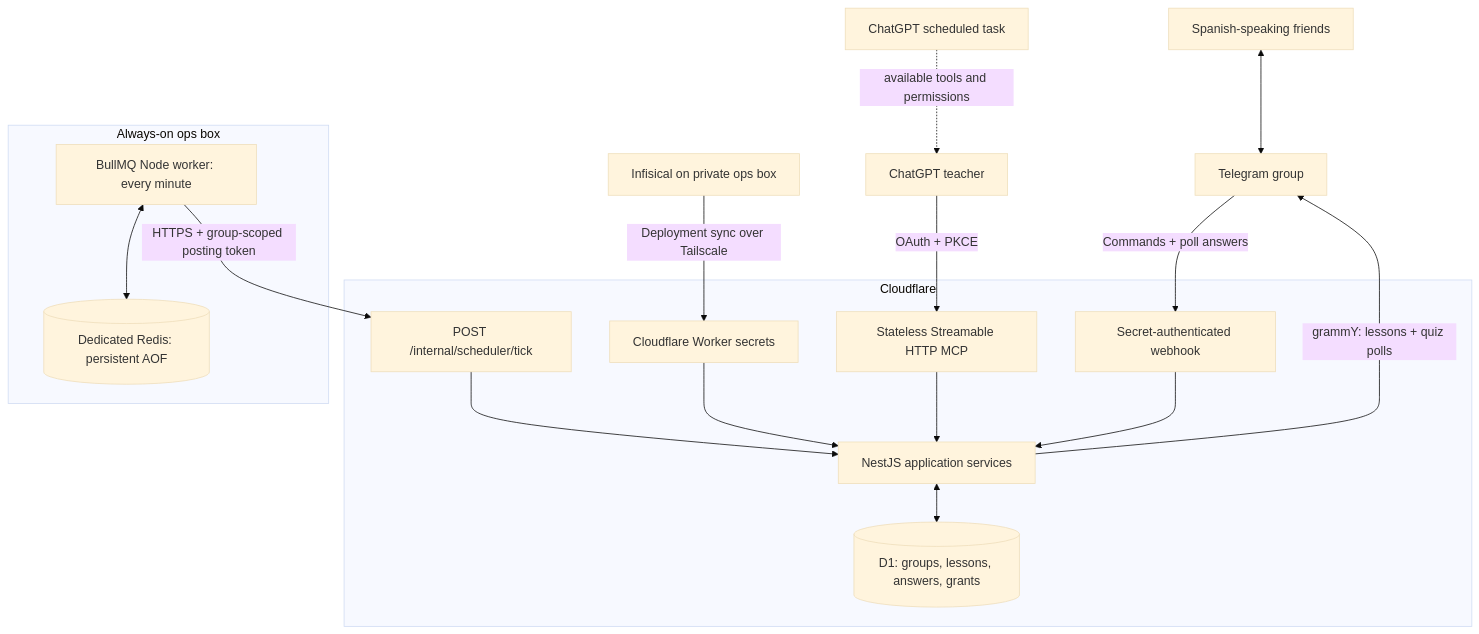
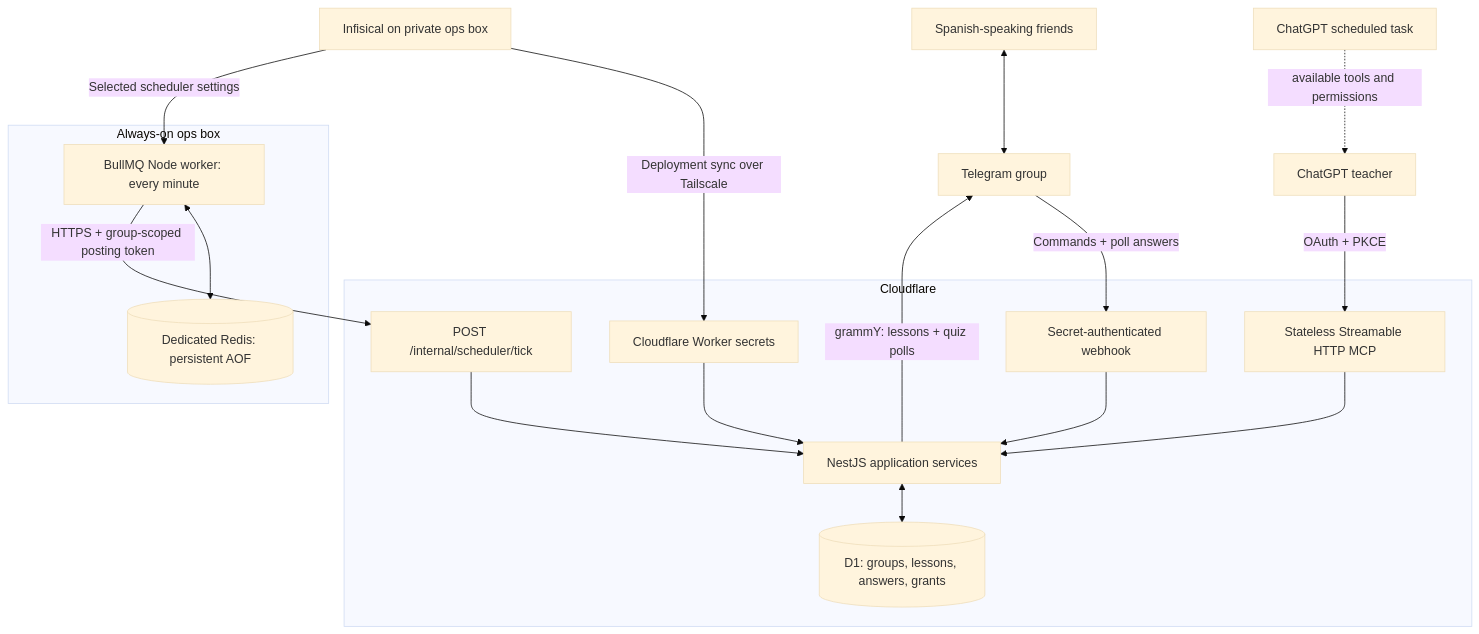
Before and after one commit to ArkadiiZon/telegram-russian-teacher: the diagram in README.md, drawn with Mermaid (base theme). The commit also changed 2 other files, not shown here.

Commit message:
Document verified BullMQ rollout and scheduler secret flow

````diff
--- a/README.md
+++ b/README.md
@@ -9,20 +9,21 @@
 ```mermaid
 flowchart TD
   Friends[Spanish-speaking friends] <--> Telegram[Telegram group]
   ChatGPT[ChatGPT teacher] -->|OAuth + PKCE| MCP
   Routine[ChatGPT scheduled task] -. available tools and permissions .-> ChatGPT
   subgraph Cloudflare
     MCP[Stateless Streamable HTTP MCP] --> Nest[NestJS application services]
     Tick[POST /internal/scheduler/tick] --> Nest
     Webhook[Secret-authenticated webhook] --> Nest
     Nest <--> D1[(D1: groups, lessons, answers, grants)]
     Secrets[Cloudflare Worker secrets] --> Nest
   end
   subgraph Ops[Always-on ops box]
     Bull[BullMQ Node worker: every minute] <--> Redis[(Dedicated Redis: persistent AOF)]
   end
   Bull -->|HTTPS + group-scoped posting token| Tick
   Nest -->|grammY: lessons + quiz polls| Telegram
   Telegram -->|Commands + poll answers| Webhook
   Infisical[Infisical on private ops box] -->|Deployment sync over Tailscale| Secrets
+  Infisical -->|Selected scheduler settings| Bull
 ```
````
